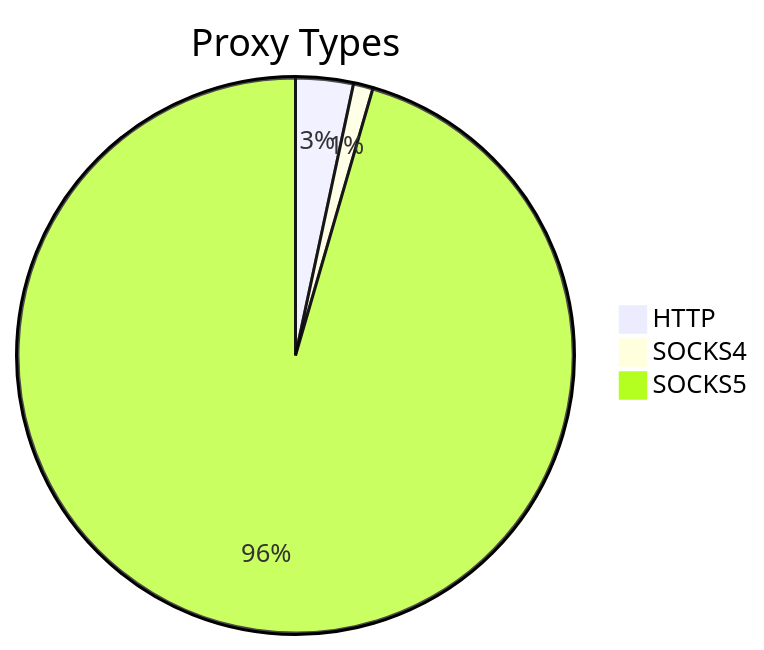
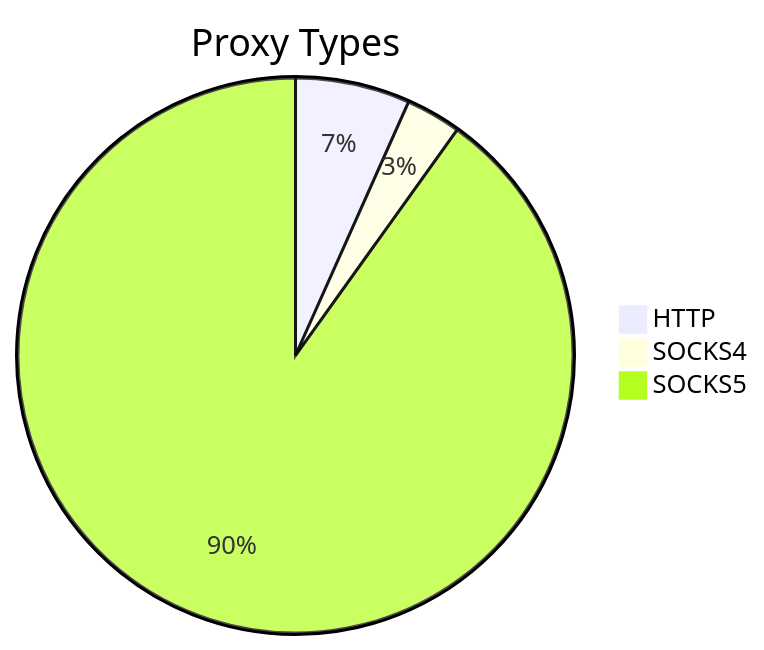
Before and after one commit to stormsia/proxy-list: the first of 2 diagrams in README.md, drawn with Mermaid. The commit also changed other lines of this file, not shown here.

````diff
--- a/README.md
+++ b/README.md
@@ -21,6 +21,6 @@
 ```mermaid
 pie title Proxy Types
-    "HTTP" : 97
-    "SOCKS4" : 33
-    "SOCKS5" : 2764
+    "HTTP" : 85
+    "SOCKS4" : 41
+    "SOCKS5" : 1147
 ```
````
